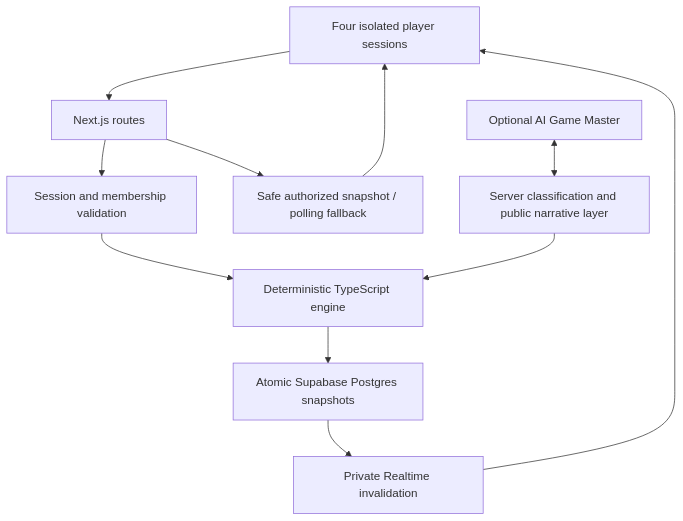
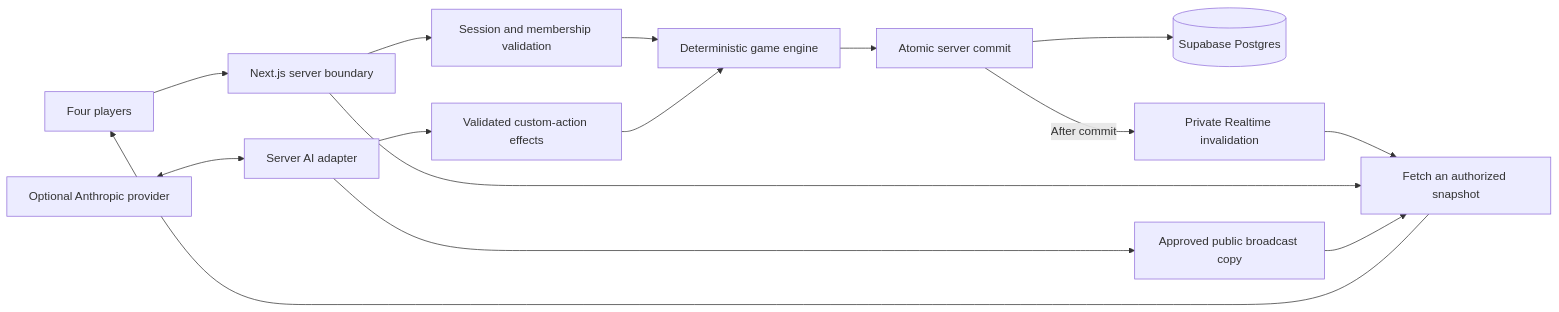
One commit to maulik-jadav/redline changed the second of 2 diagrams in README.md. Above: the diagram before and after it, drawn with Mermaid. The commit also changed other lines of this file and 1 other file, not shown here.

````diff
--- a/README.md
+++ b/README.md
@@ -40,13 +158,17 @@
 ```mermaid
-flowchart TD
-  P[Four isolated player sessions] --> N[Next.js routes]
+flowchart LR
+  P[Four players] --> N[Next.js server boundary]
   N --> S[Session and membership validation]
-  S --> E[Deterministic TypeScript engine]
-  E --> D[Atomic Supabase Postgres snapshots]
-  D --> R[Private Realtime invalidation]
-  R --> P
-  N --> F[Safe authorized snapshot / polling fallback]
+  S --> G[Deterministic game engine]
+  G --> C[Atomic server commit]
+  C --> DB[(Supabase Postgres)]
+  C -->|After commit| R[Private Realtime invalidation]
+  R --> F[Fetch an authorized snapshot]
   F --> P
-  A[Optional AI Game Master] <--> L[Server classification and public narrative layer]
-  L --> E
+  N --> F
+  A[Optional Anthropic provider] <--> L[Server AI adapter]
+  L --> V[Validated custom-action effects]
+  V --> G
+  L --> B[Approved public broadcast copy]
+  B --> F
 ```
````
